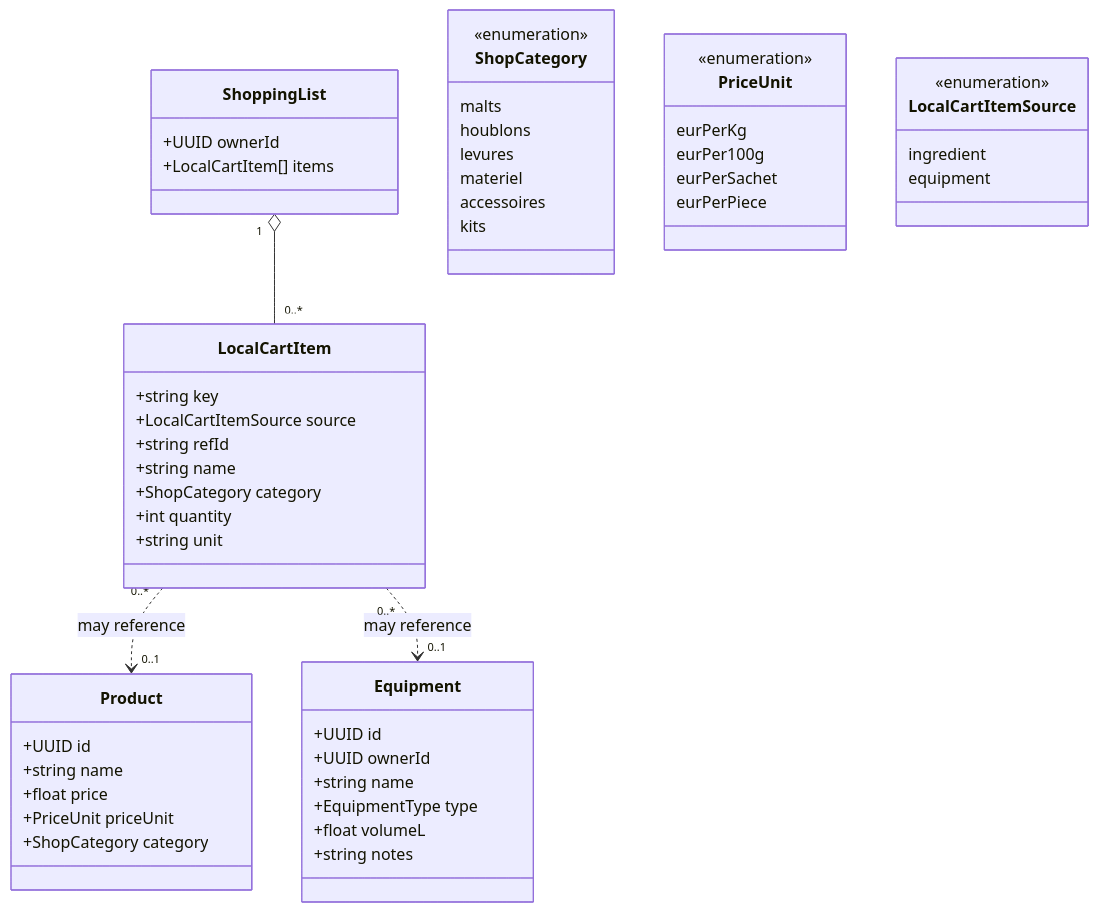
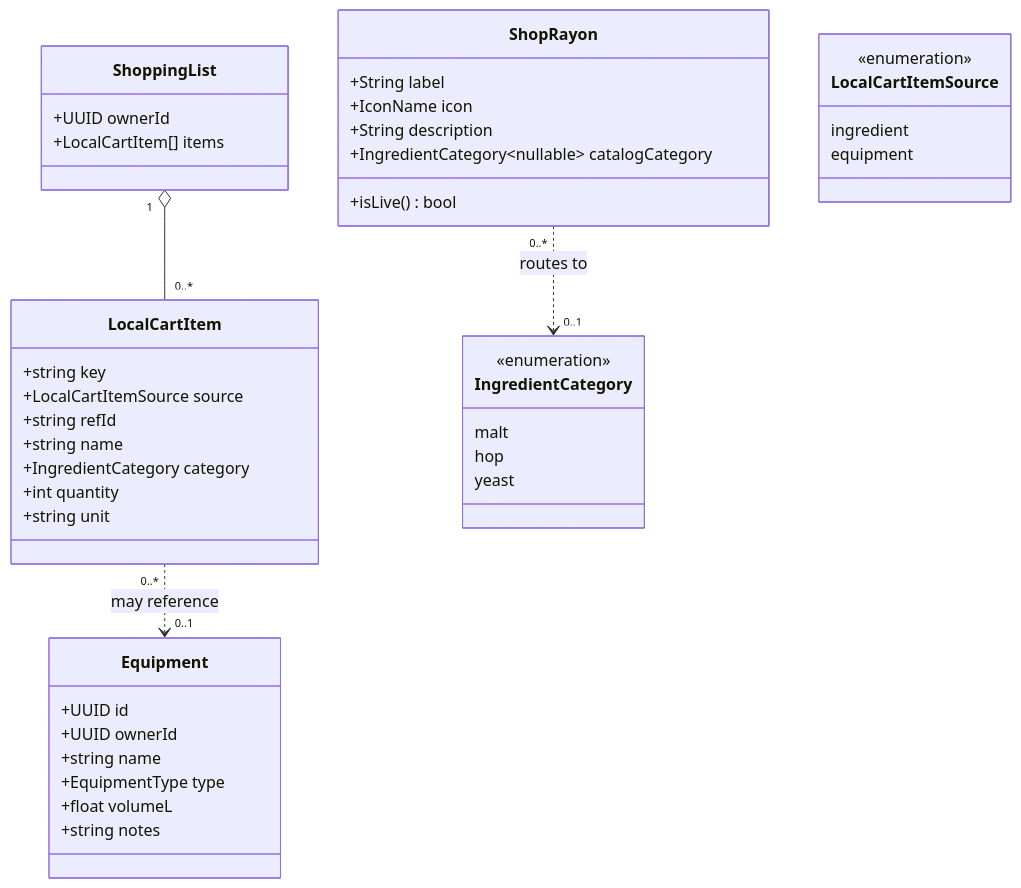
The diagram in docs/architecture/diagrams/equipment-shop/04-class.md (benoit-bremaud/brasse-bouillon), drawn with Mermaid before and after one commit. The commit also changed other lines of this file and 4 other files, not shown here.

First line of the commit message:
docs(conception): retire the shop's duplicate catalog use case (#1456)

````diff
--- a/docs/architecture/diagrams/equipment-shop/04-class.md
+++ b/docs/architecture/diagrams/equipment-shop/04-class.md
@@ -14,57 +21,49 @@
 ```mermaid
 classDiagram
   class Equipment {
     +UUID id
     +UUID ownerId
     +string name
     +EquipmentType type
     +float volumeL
     +string notes
   }
-  class Product {
-    +UUID id
-    +string name
-    +float price
-    +PriceUnit priceUnit
-    +ShopCategory category
+
+  class ShopRayon {
+    +String label
+    +IconName icon
+    +String description
+    +IngredientCategory~nullable~ catalogCategory
+    +isLive() bool
   }
+
   class ShoppingList {
     +UUID ownerId
     +LocalCartItem[] items
   }
   class LocalCartItem {
     +string key
     +LocalCartItemSource source
     +string refId
     +string name
-    +ShopCategory category
+    +IngredientCategory category
     +int quantity
     +string unit
   }
 
+  ShopRayon "0..*" ..> "0..1" IngredientCategory : routes to
   ShoppingList "1" o-- "0..*" LocalCartItem
-  LocalCartItem "0..*" ..> "0..1" Product : may reference
   LocalCartItem "0..*" ..> "0..1" Equipment : may reference
 
-  class ShopCategory {
+  class IngredientCategory {
     <<enumeration>>
-    malts
-    houblons
-    levures
-    materiel
-    accessoires
-    kits
-  }
-  class PriceUnit {
-    <<enumeration>>
-    eurPerKg
-    eurPer100g
-    eurPerSachet
-    eurPerPiece
+    malt
+    hop
+    yeast
   }
   class LocalCartItemSource {
     <<enumeration>>
     ingredient
     equipment
   }
 ```
````
